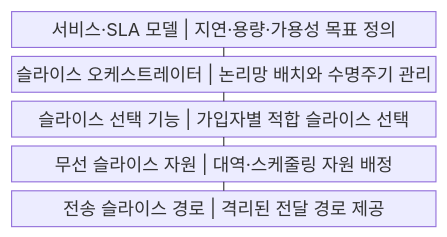
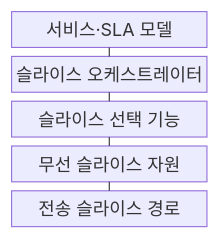
One commit to agnusdei1207/knowledge-base changed the first of 2 diagrams in src/content/docs/notes/04-network/039_5g_network_slicing.md. Above: the diagram before and after it, drawn with Mermaid. The commit also changed other lines of this file and 122 other files, not shown here.

````diff
--- a/src/content/docs/notes/04-network/039_5g_network_slicing.md
+++ b/src/content/docs/notes/04-network/039_5g_network_slicing.md
@@ -50,13 +50,13 @@
 ```mermaid
-block
+block-beta
     columns 1
-    A["서비스·SLA 모델 | 지연·용량·가용성 목표 정의"]
-    B["슬라이스 오케스트레이터 | 논리망 배치와 수명주기 관리"]
-    C["슬라이스 선택 기능 | 가입자별 적합 슬라이스 선택"]
-    D["무선 슬라이스 자원 | 대역·스케줄링 자원 배정"]
-    E["전송 슬라이스 경로 | 격리된 전달 경로 제공"]
+    A["서비스·SLA 모델"]
+    B["슬라이스 오케스트레이터"]
+    C["슬라이스 선택 기능"]
+    D["무선 슬라이스 자원"]
+    E["전송 슬라이스 경로"]
     A --- B
     B --- C
     C --- D
     D --- E
 ```
````
